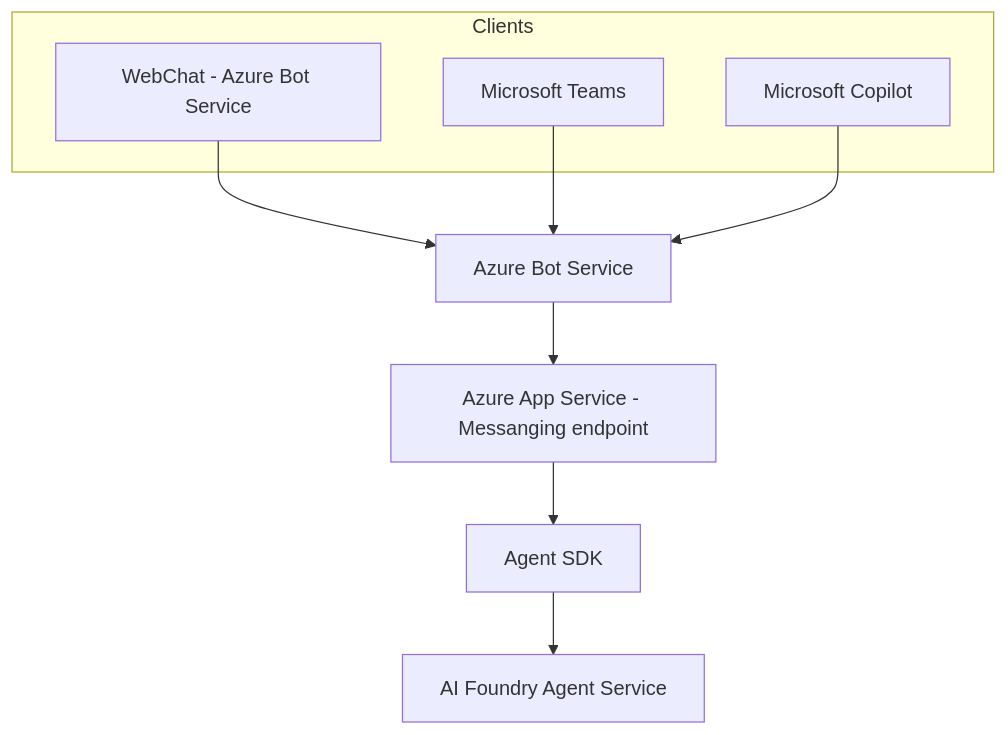
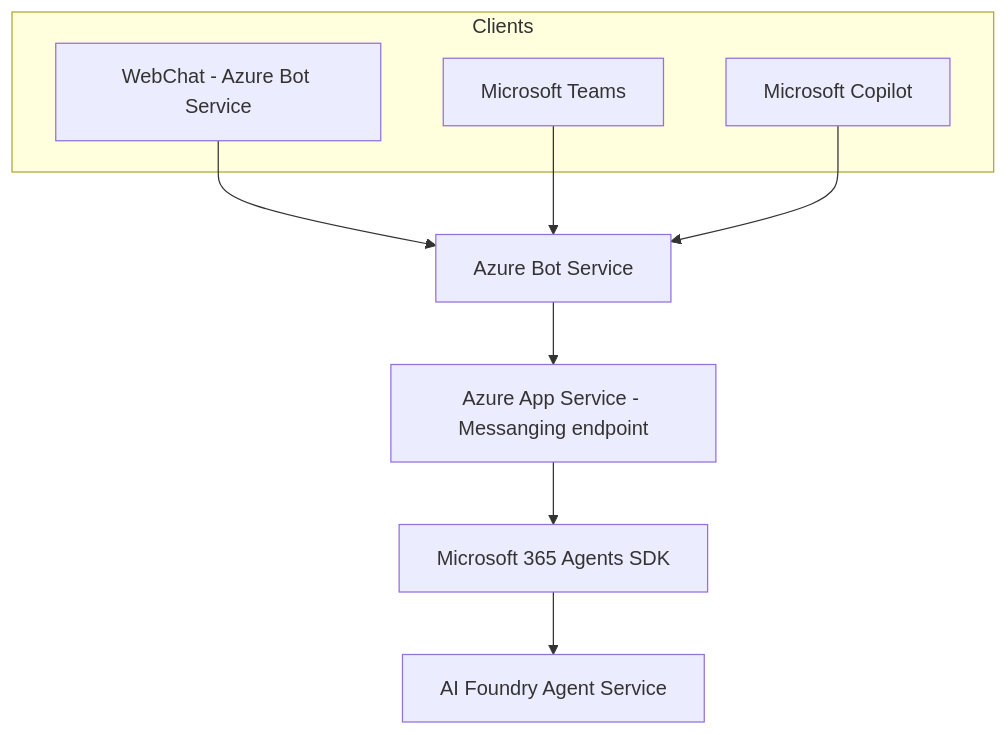
One commit to anevjes/MicrosoftAgentsSDK-aifoundry-agent changed the diagram in README.md. Above: the diagram before and after it, drawn with Mermaid.

Commit message:
fixing up readme

````diff
--- a/README.md
+++ b/README.md
@@ -9,14 +9,14 @@
 ```mermaid
 flowchart TD
     subgraph Clients
         WC[WebChat - Azure Bot Service]
         Teams[Microsoft Teams]
         Copilot[Microsoft Copilot]
     end
     WC --> BotSvc[Azure Bot Service]
     Teams --> BotSvc
     Copilot --> BotSvc
     BotSvc --> AppSvc[Azure App Service - Messanging endpoint]
-    AppSvc --> AgentSDK[Agent SDK]
+    AppSvc --> AgentSDK[Microsoft 365 Agents SDK]
     AgentSDK --> Foundry[AI Foundry Agent Service]
 ```
````
